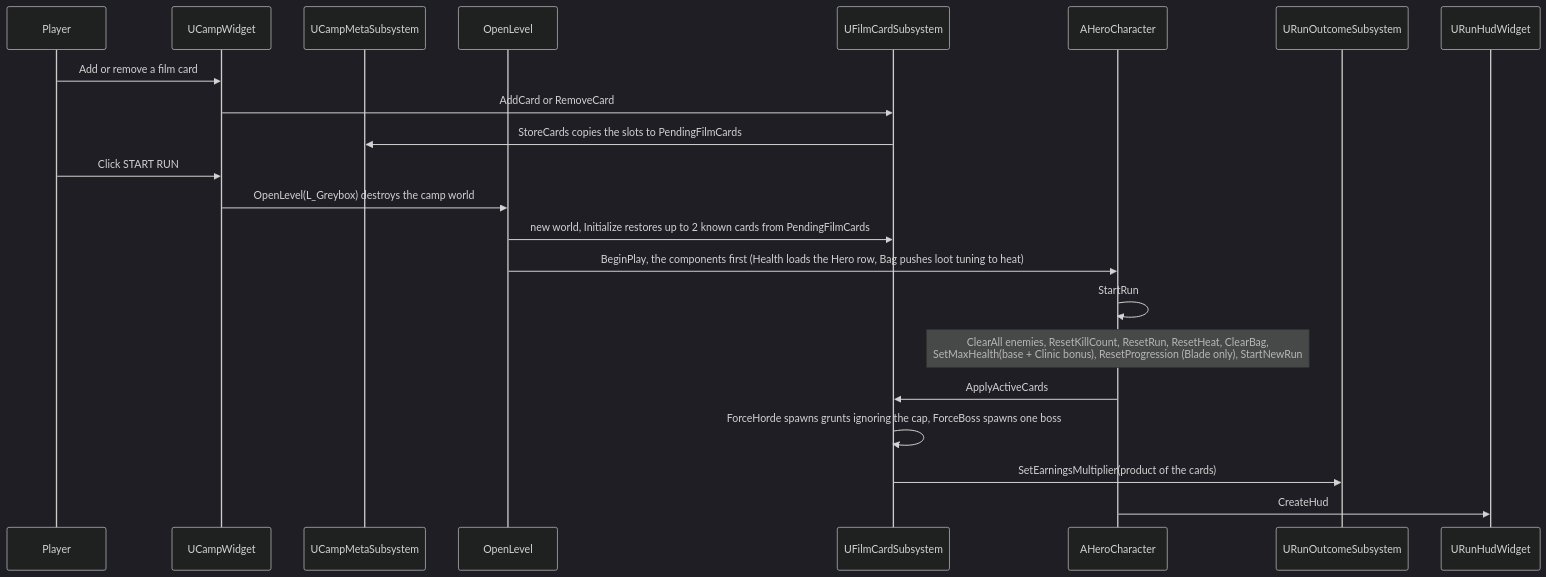
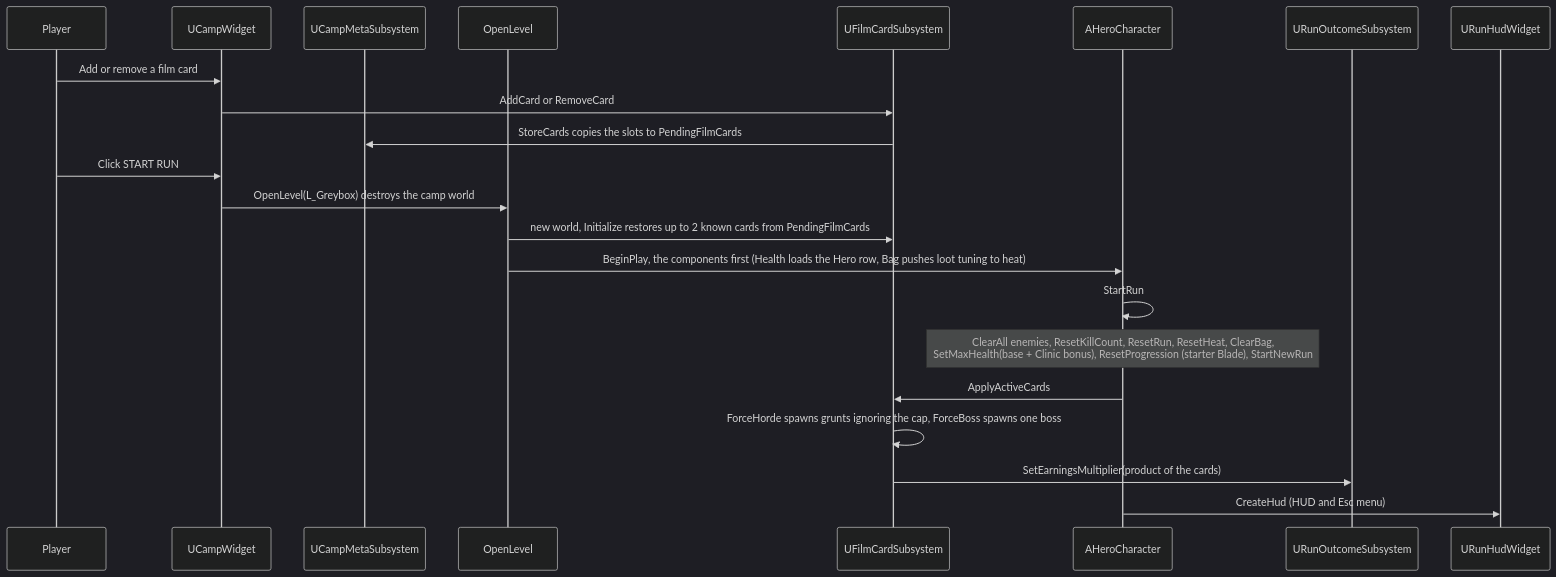
One commit to Huangyu-Shen/2026-epic-gamejam changed the second of 6 diagrams in docs/wiki/architecture.md. Above: the diagram before and after it, drawn with Mermaid (dark theme). The commit also changed other lines of this file and 8 other files, not shown here.

````diff
--- a/docs/wiki/architecture.md
+++ b/docs/wiki/architecture.md
@@ -129,24 +168,24 @@
 ```mermaid
 sequenceDiagram
   participant P as Player
   participant C as UCampWidget
   participant M as UCampMetaSubsystem
   participant L as OpenLevel
   participant F as UFilmCardSubsystem
   participant H as AHeroCharacter
   participant R as URunOutcomeSubsystem
   participant HUD as URunHudWidget
   P->>C: Add or remove a film card
   C->>F: AddCard or RemoveCard
   F->>M: StoreCards copies the slots to PendingFilmCards
   P->>C: Click START RUN
   C->>L: OpenLevel(L_Greybox) destroys the camp world
   L->>F: new world, Initialize restores up to 2 known cards from PendingFilmCards
   L->>H: BeginPlay, the components first (Health loads the Hero row, Bag pushes loot tuning to heat)
   H->>H: StartRun
-  Note over H: ClearAll enemies, ResetKillCount, ResetRun, ResetHeat, ClearBag,<br/>SetMaxHealth(base + Clinic bonus), ResetProgression (Blade only), StartNewRun
+  Note over H: ClearAll enemies, ResetKillCount, ResetRun, ResetHeat, ClearBag,<br/>SetMaxHealth(base + Clinic bonus), ResetProgression (starter Blade), StartNewRun
   H->>F: ApplyActiveCards
   F->>F: ForceHorde spawns grunts ignoring the cap, ForceBoss spawns one boss
   F->>R: SetEarningsMultiplier(product of the cards)
-  H->>HUD: CreateHud
+  H->>HUD: CreateHud (HUD and Esc menu)
 ```
````
